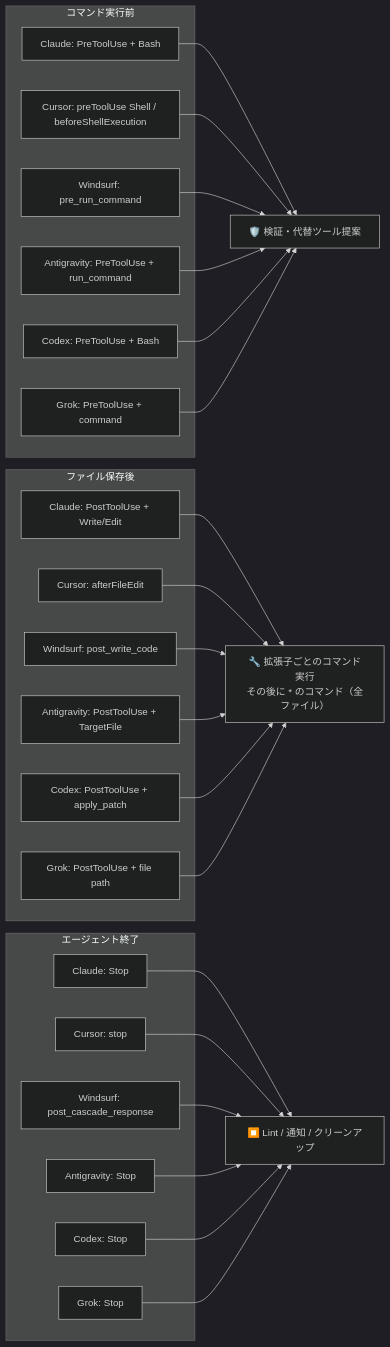
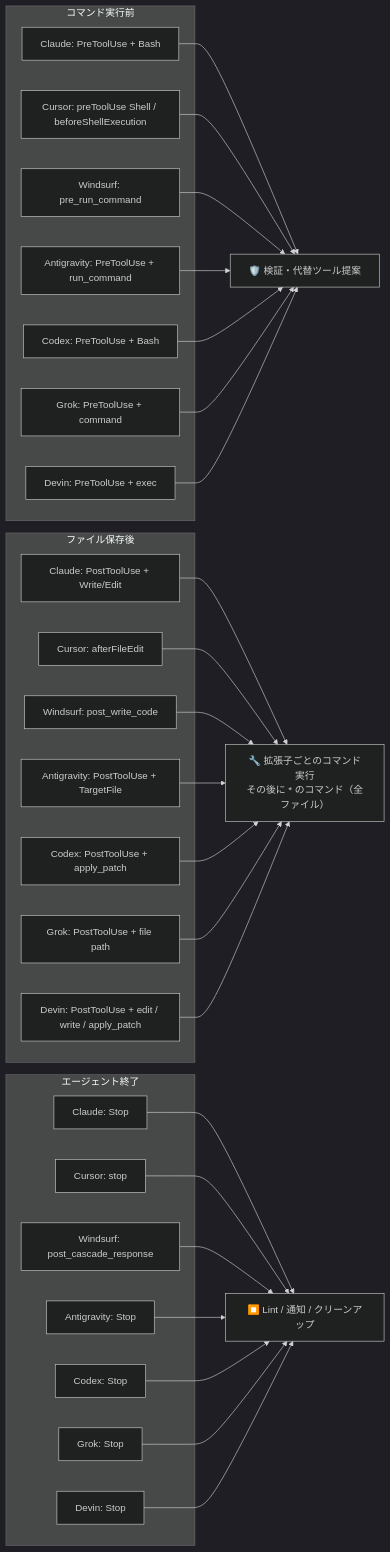
The diagram in docs/cli-reference.ja.md (owayo/claw-hooks), drawn with Mermaid (dark theme) before and after one commit. The commit also changed other lines of this file and 16 other files, not shown here.

````diff
--- a/docs/cli-reference.ja.md
+++ b/docs/cli-reference.ja.md
@@ -206,50 +210,56 @@
 ```mermaid
 graph LR
     subgraph コマンド実行前
         CC1[Claude: PreToolUse + Bash]
         CU1[Cursor: preToolUse Shell / beforeShellExecution]
         WS1[Windsurf: pre_run_command]
         AG1[Antigravity: PreToolUse + run_command]
         CX1[Codex: PreToolUse + Bash]
         GR1[Grok: PreToolUse + command]
+        DV1[Devin: PreToolUse + exec]
     end
     CH1[🛡️ 検証・代替ツール提案]
     CC1 --> CH1
     CU1 --> CH1
     WS1 --> CH1
     AG1 --> CH1
     CX1 --> CH1
     GR1 --> CH1
+    DV1 --> CH1
 
     subgraph ファイル保存後
         CC2[Claude: PostToolUse + Write/Edit]
         CU2[Cursor: afterFileEdit]
         WS2[Windsurf: post_write_code]
         AG2[Antigravity: PostToolUse + TargetFile]
         CX2[Codex: PostToolUse + apply_patch]
         GR2[Grok: PostToolUse + file path]
+        DV2[Devin: PostToolUse + edit / write / apply_patch]
     end
     CH2["🔧 拡張子ごとのコマンド実行<br>その後に * のコマンド（全ファイル）"]
     CC2 --> CH2
     CU2 --> CH2
     WS2 --> CH2
     AG2 --> CH2
     CX2 --> CH2
     GR2 --> CH2
+    DV2 --> CH2
 
     subgraph エージェント終了
         CC3[Claude: Stop]
         CU3[Cursor: stop]
         WS3[Windsurf: post_cascade_response]
         AG3[Antigravity: Stop]
         CX3[Codex: Stop]
         GR3[Grok: Stop]
+        DV3[Devin: Stop]
     end
     CH3[⏹️ Lint / 通知 / クリーンアップ]
     CC3 --> CH3
     CU3 --> CH3
     WS3 --> CH3
     AG3 --> CH3
     CX3 --> CH3
     GR3 --> CH3
+    DV3 --> CH3
 ```
````
